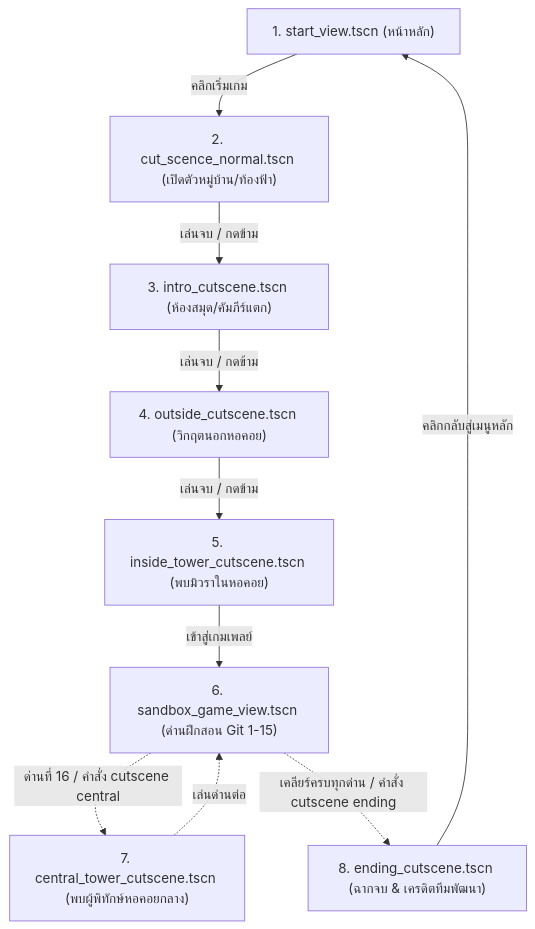
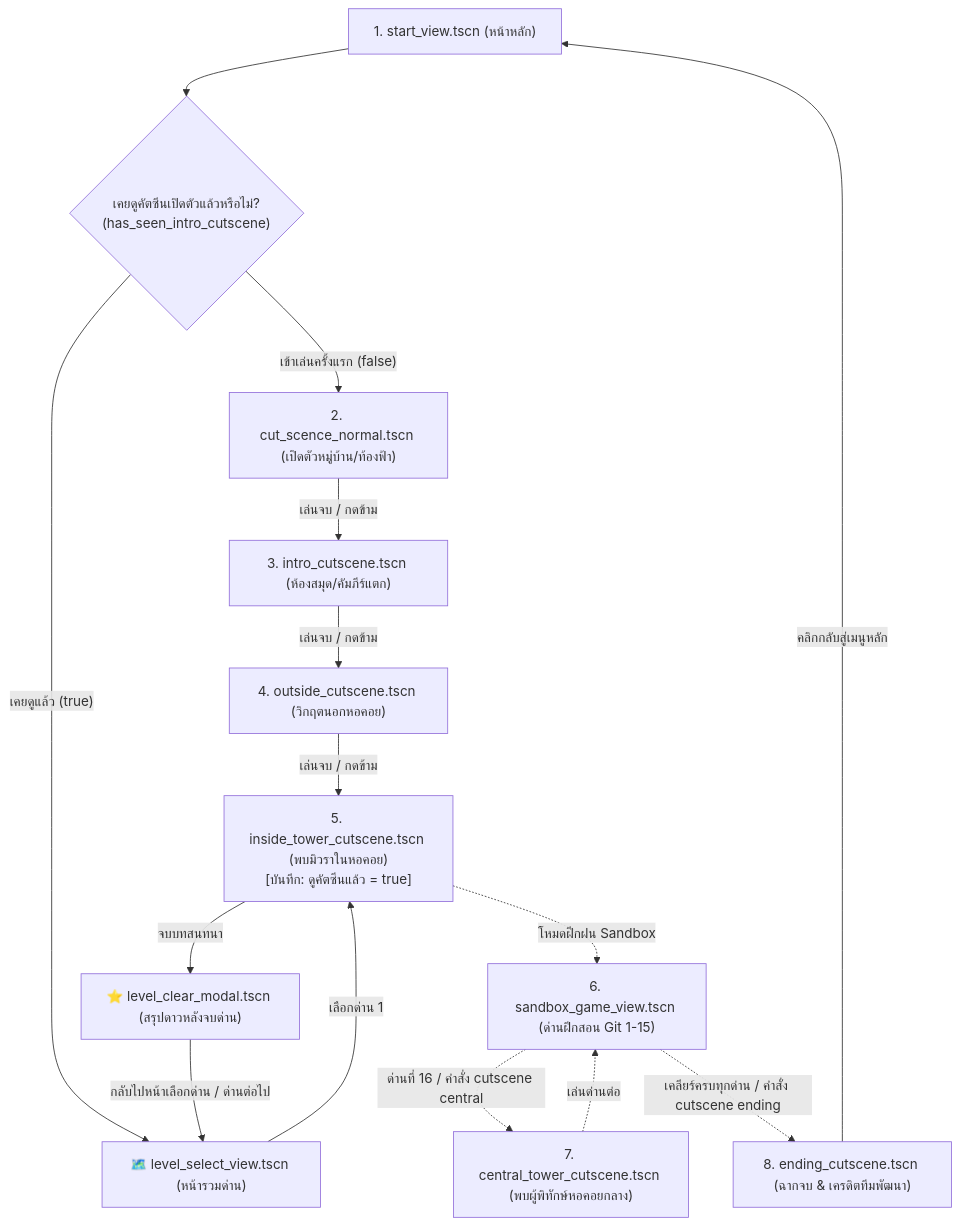
One commit to PetchAuisui/Demo-Game-Git-Diwaa changed the first of 2 diagrams in docs/cutscene-controls.md. Above: the diagram before and after it, drawn with Mermaid. The commit also changed other lines of this file and 5 other files, not shown here.

First line of the commit message:
feat(start): นำทางผู้เล่นที่เคยดูคัตซีนไปยังหน้าเลือกด่าน และบังคับคัตซีนสำหรับผู้เล่นใหม่

````diff
--- a/docs/cutscene-controls.md
+++ b/docs/cutscene-controls.md
@@ -95,14 +95,21 @@
 ```mermaid
 flowchart TD
-    Start["1. start_view.tscn (หน้าหลัก)"] -->|"คลิกเริ่มเกม"| Normal["2. cut_scence_normal.tscn (เปิดตัวหมู่บ้าน/ท้องฟ้า)"]
+    Start["1. start_view.tscn (หน้าหลัก)"] --> CheckProgress{"เคยดูคัตซีนเปิดตัวแล้วหรือไม่?\n(has_seen_intro_cutscene)"}
+    CheckProgress -->|"เข้าเล่นครั้งแรก (false)"| Normal["2. cut_scence_normal.tscn (เปิดตัวหมู่บ้าน/ท้องฟ้า)"]
     Normal -->|"เล่นจบ / กดข้าม"| Intro["3. intro_cutscene.tscn (ห้องสมุด/คัมภีร์แตก)"]
     Intro -->|"เล่นจบ / กดข้าม"| Outside["4. outside_cutscene.tscn (วิกฤตนอกหอคอย)"]
-    Outside -->|"เล่นจบ / กดข้าม"| InsideTower["5. inside_tower_cutscene.tscn (พบมิวราในหอคอย)"]
-    InsideTower -->|"เข้าสู่เกมเพลย์"| Sandbox["6. sandbox_game_view.tscn (ด่านฝึกสอน Git 1-15)"]
+    Outside -->|"เล่นจบ / กดข้าม"| InsideTower["5. inside_tower_cutscene.tscn (พบมิวราในหอคอย)\n[บันทึก: ดูคัตซีนแล้ว = true]"]
     
+    CheckProgress -->|"เคยดูแล้ว (true)"| LevelSelect["🗺️ level_select_view.tscn (หน้ารวมด่าน)"]
+    LevelSelect -->|"เลือกด่าน 1"| InsideTower
+    
+    InsideTower -->|"จบบทสนทนา"| ClearModal["⭐ level_clear_modal.tscn (สรุปดาวหลังจบด่าน)"]
+    ClearModal -->|"กลับไปหน้าเลือกด่าน / ด่านต่อไป"| LevelSelect
+    
+    InsideTower -.->|"โหมดฝึกฝน Sandbox"| Sandbox["6. sandbox_game_view.tscn (ด่านฝึกสอน Git 1-15)"]
     Sandbox -.->|"ด่านที่ 16 / คำสั่ง cutscene central"| CentralTower["7. central_tower_cutscene.tscn (พบผู้พิทักษ์หอคอยกลาง)"]
     CentralTower -.->|"เล่นด่านต่อ"| Sandbox
     
     Sandbox -.->|"เคลียร์ครบทุกด่าน / คำสั่ง cutscene ending"| Ending["8. ending_cutscene.tscn (ฉากจบ & เครดิตทีมพัฒนา)"]
     Ending -->|"คลิกกลับสู่เมนูหลัก"| Start
 ```
````
